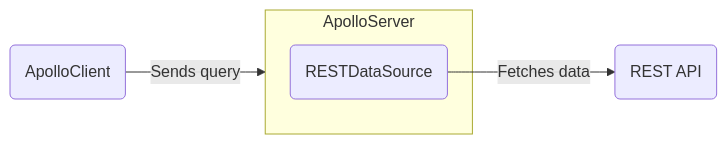
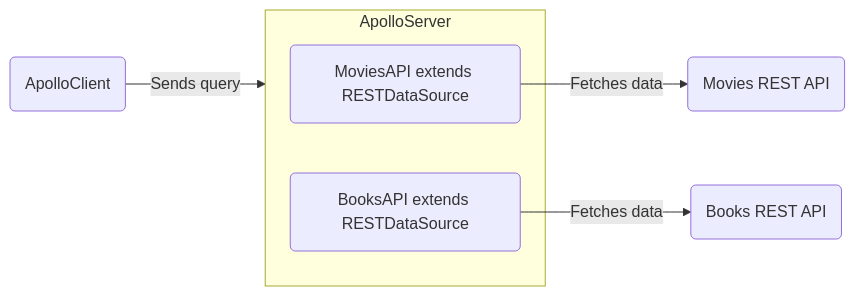
Before and after one commit to apollographql/apollo-server: the diagram in docs/source/data/fetching-rest.mdx, drawn with Mermaid. The commit also changed other lines of this file, not shown here.

````diff
--- a/docs/source/data/fetching-rest.mdx
+++ b/docs/source/data/fetching-rest.mdx
@@ -10,10 +10,15 @@
 ```mermaid
 flowchart LR;
-  restAPI(REST API);
+  booksAPI(Books REST API);
+  moviesAPI(Movies REST API);
+  MoviesAPIExtend(MoviesAPI extends RESTDataSource);
+  BooksAPIExtend(BooksAPI extends RESTDataSource);
   subgraph ApolloServer;
-    restDataSource(RESTDataSource);
+      MoviesAPIExtend
+      BooksAPIExtend
   end
-  restDataSource --Fetches data--> restAPI;
+  MoviesAPIExtend --Fetches data--> moviesAPI;
+  BooksAPIExtend --Fetches data--> booksAPI;
   client(ApolloClient);
   client --Sends query--> ApolloServer;
 ```
````
